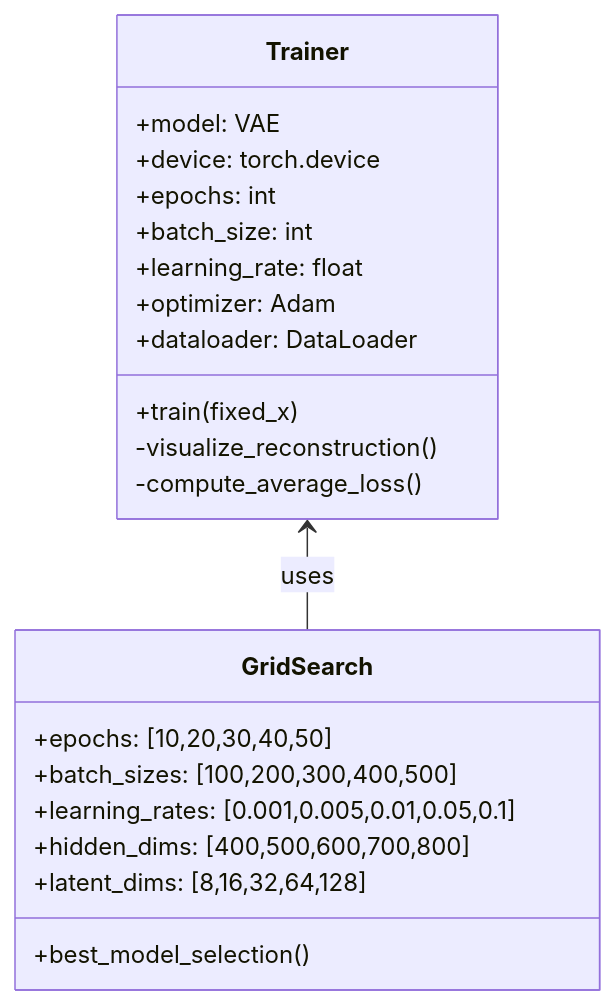
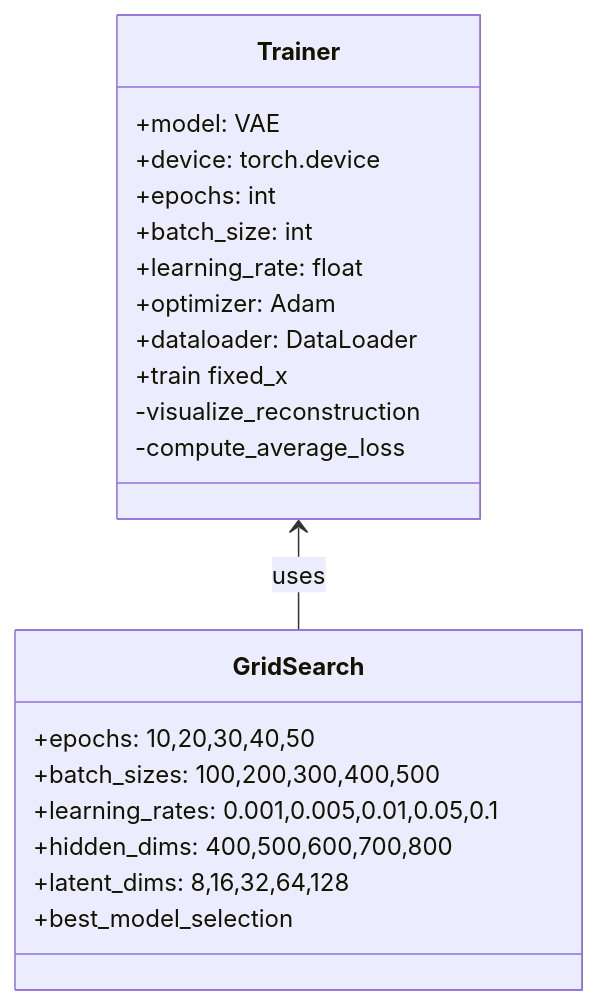
The sixth of 12 diagrams in VAE/README.md (sbeeredd04/sandbox), drawn with Mermaid before and after one commit. The commit also changed other lines of this file, not shown here.

First line of the commit message:
docs(VAE): Refactor equations and diagrams

````diff
--- a/VAE/README.md
+++ b/VAE/README.md
@@ -356,26 +356,26 @@
 ```mermaid
 classDiagram
     class Trainer {
         +model: VAE
         +device: torch.device
         +epochs: int
         +batch_size: int
         +learning_rate: float
         +optimizer: Adam
         +dataloader: DataLoader
-        +train(fixed_x)
-        -visualize_reconstruction()
-        -compute_average_loss()
+        +train fixed_x
+        -visualize_reconstruction
+        -compute_average_loss
     }
     
     class GridSearch {
-        +epochs: [10,20,30,40,50]
-        +batch_sizes: [100,200,300,400,500]
-        +learning_rates: [0.001,0.005,0.01,0.05,0.1]
-        +hidden_dims: [400,500,600,700,800]
-        +latent_dims: [8,16,32,64,128]
-        +best_model_selection()
+        +epochs: 10,20,30,40,50
+        +batch_sizes: 100,200,300,400,500
+        +learning_rates: 0.001,0.005,0.01,0.05,0.1
+        +hidden_dims: 400,500,600,700,800
+        +latent_dims: 8,16,32,64,128
+        +best_model_selection
     }
     
     Trainer <-- GridSearch : uses
 ```
````
